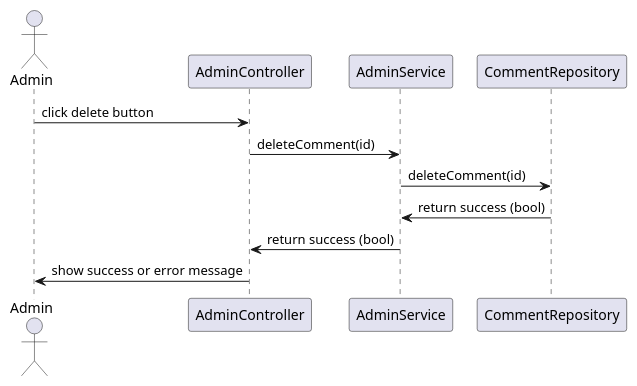
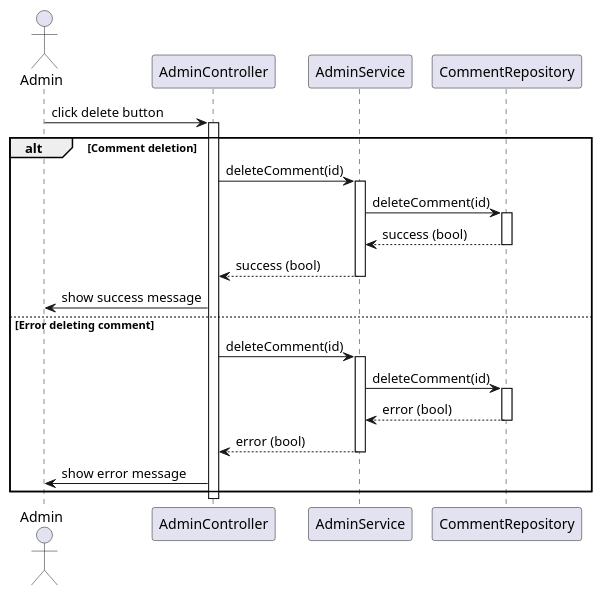
One commit to Waarrez/Blog-PHP-Projet-Openclassrooms changed the diagram in diagrammes/diagrammes de séquences/admin_delete_comment.puml. Above: the diagram before and after it, drawn with PlantUML. The commit also changed 18 other files, not shown here.

```diff
--- a/diagrammes/diagrammes de séquences/admin_delete_comment.puml
+++ b/diagrammes/diagrammes de séquences/admin_delete_comment.puml
@@ -1,13 +1,43 @@
 @startuml
+
 actor Admin
 participant AdminController
 participant AdminService
 participant CommentRepository
 
 Admin -> AdminController : click delete button
-AdminController -> AdminService : deleteComment(id)
-AdminService -> CommentRepository : deleteComment(id)
-CommentRepository -> AdminService : return success (bool)
-AdminService -> AdminController : return success (bool)
-AdminController -> Admin : show success or error message
+activate AdminController
+
+alt Comment deletion
+    AdminController -> AdminService : deleteComment(id)
+    activate AdminService
+
+    AdminService -> CommentRepository : deleteComment(id)
+    activate CommentRepository
+
+    CommentRepository --> AdminService : success (bool)
+    deactivate CommentRepository
+
+    AdminService --> AdminController : success (bool)
+    deactivate AdminService
+
+    AdminController -> Admin : show success message
+else Error deleting comment
+    AdminController -> AdminService : deleteComment(id)
+    activate AdminService
+
+    AdminService -> CommentRepository : deleteComment(id)
+    activate CommentRepository
+
+    CommentRepository --> AdminService : error (bool)
+    deactivate CommentRepository
+
+    AdminService --> AdminController : error (bool)
+    deactivate AdminService
+
+    AdminController -> Admin : show error message
+end
+
+deactivate AdminController
+
 @enduml
```
